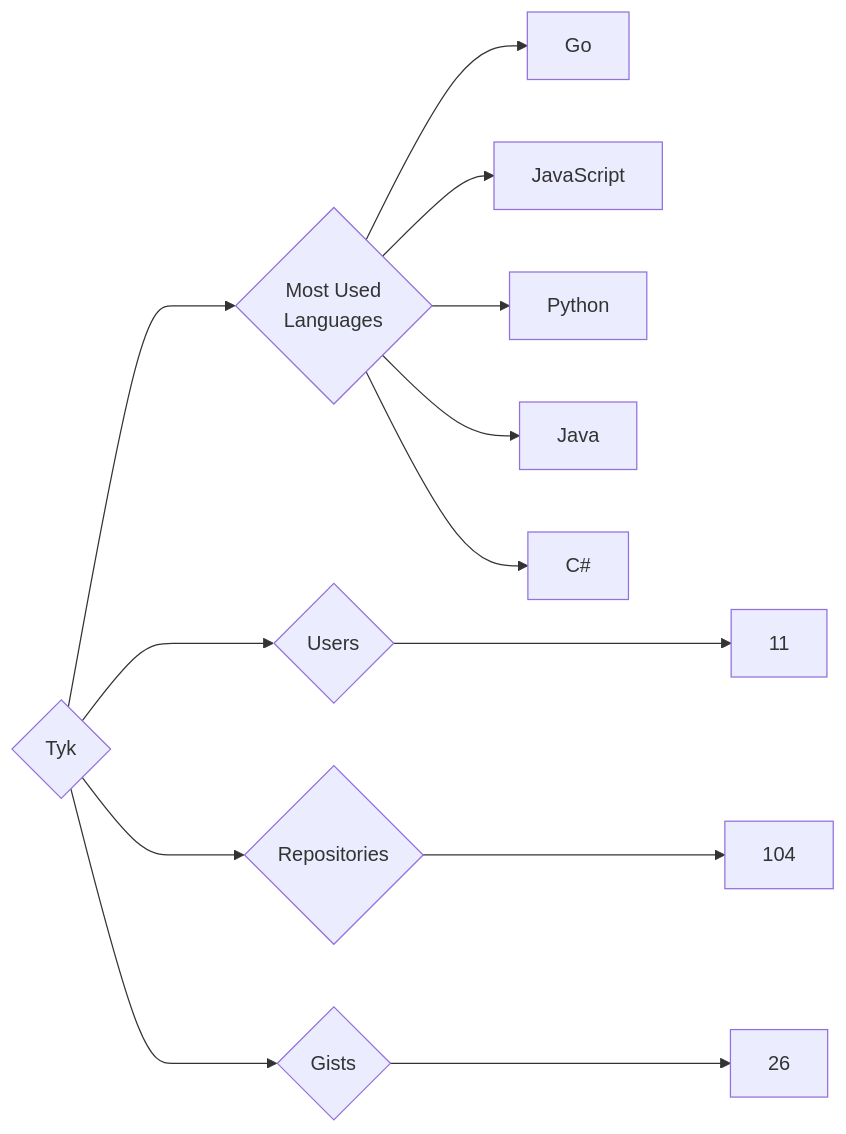
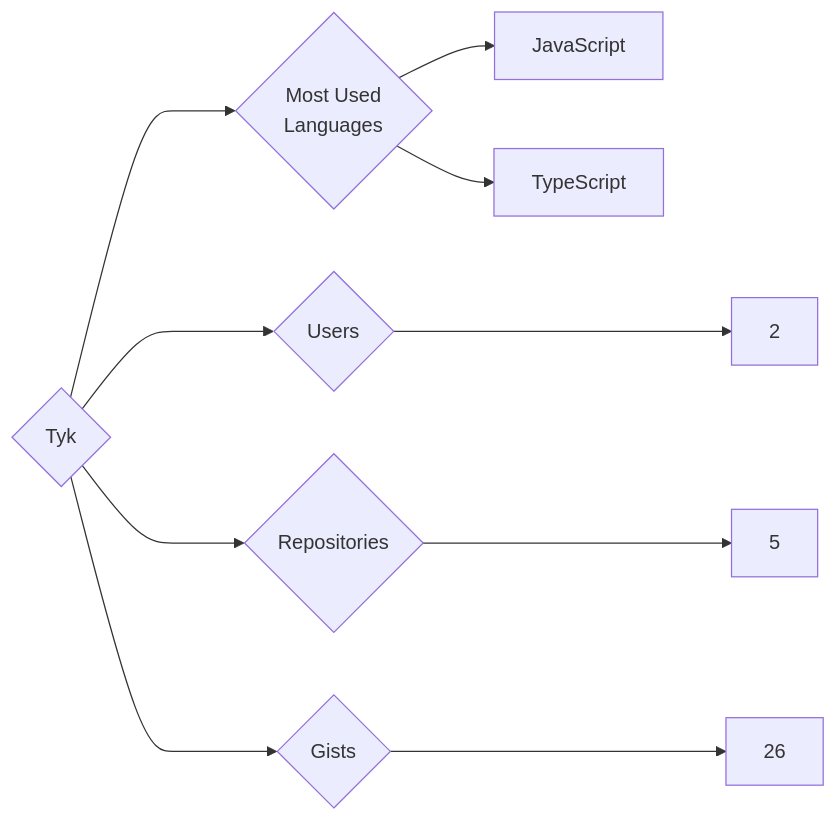
The diagram in targets/Tyk/README.md (trickest/insiders), drawn with Mermaid before and after one commit. The commit also changed 948 other files, not shown here.

````diff
--- a/targets/Tyk/README.md
+++ b/targets/Tyk/README.md
@@ -3,13 +3,10 @@
 ```mermaid
 graph LR
 COMPANY_NAME{Tyk}
-COMPANY_NAME ---> U{Users} ---> UN[11]
-COMPANY_NAME ---> R{Repositories} ---> RN[104]
+COMPANY_NAME ---> U{Users} ---> UN[2]
+COMPANY_NAME ---> R{Repositories} ---> RN[5]
 COMPANY_NAME ---> G{Gists} ---> GN[26]
 COMPANY_NAME ---> ML{Most Used<br>Languages}
-ML --> Go[Go]
 ML --> JavaScript[JavaScript]
-ML --> Python[Python]
-ML --> Java[Java]
-ML --> C#[C#]
+ML --> TypeScript[TypeScript]
 ```
````
